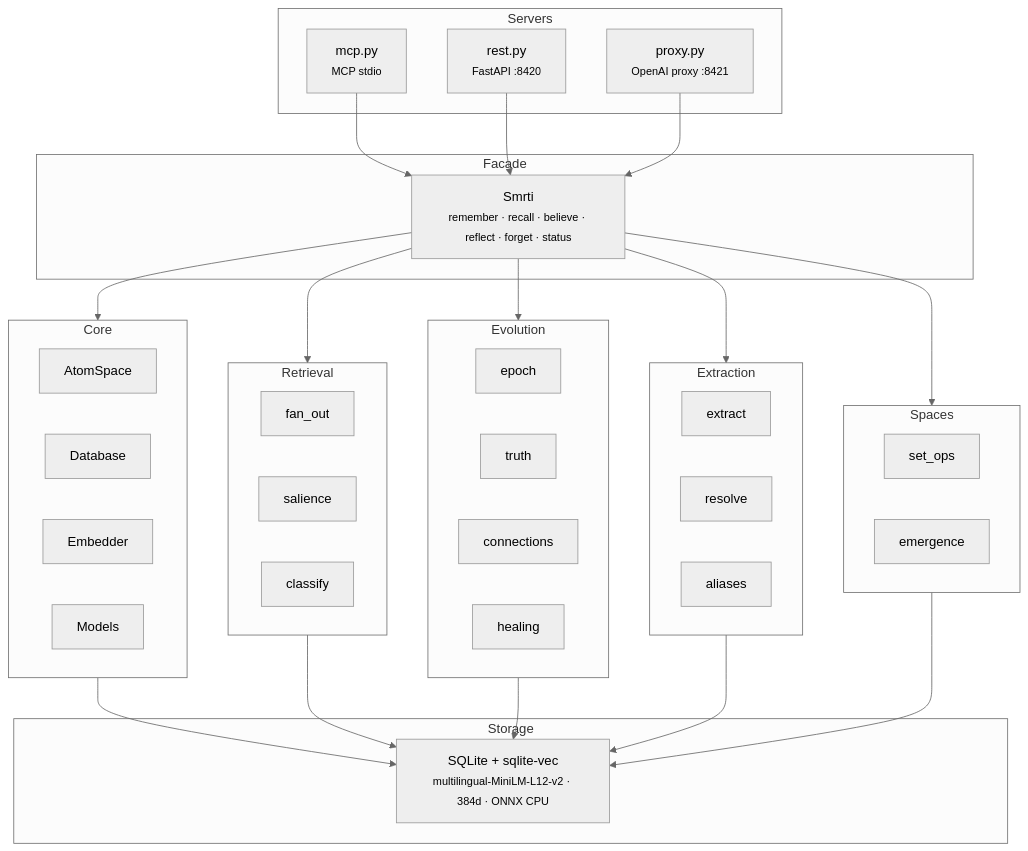
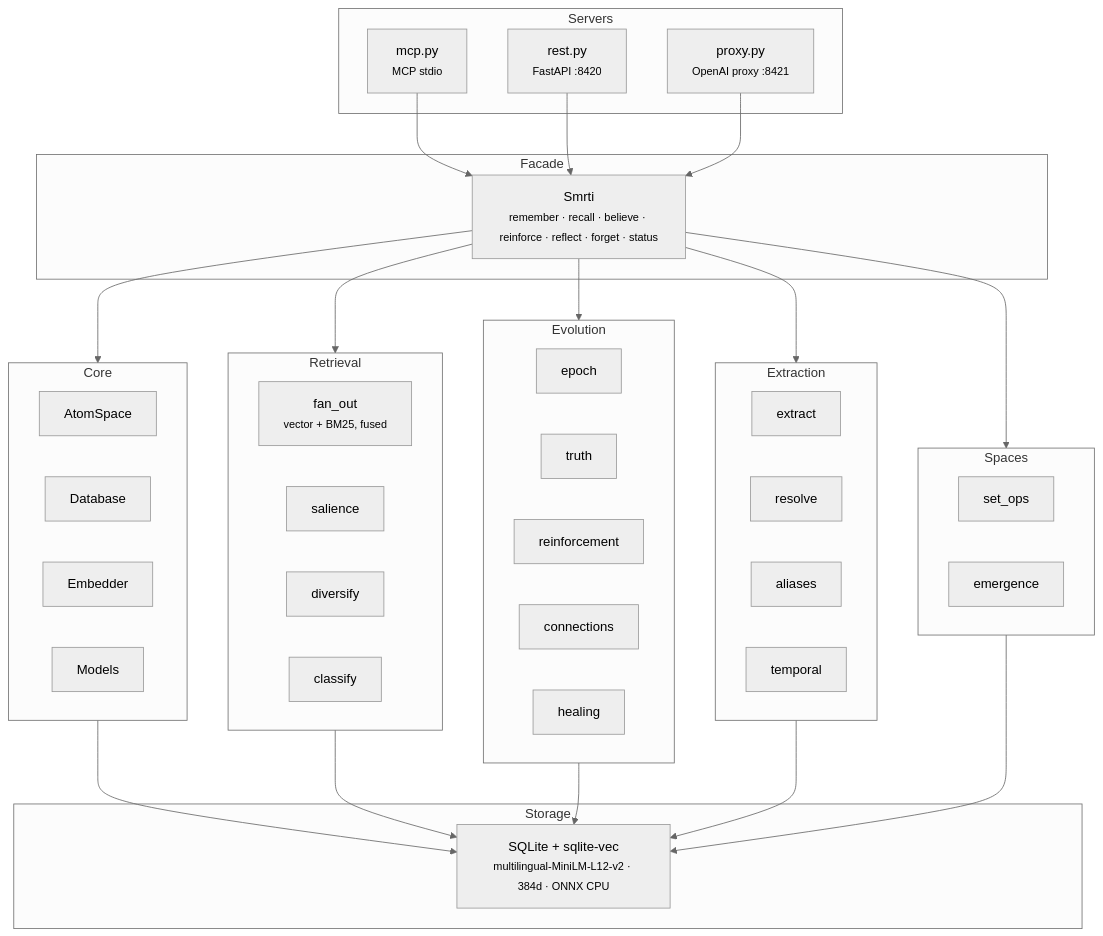
One commit to cyqlelabs/smrti changed the diagram in README.md. Above: the diagram before and after it, drawn with Mermaid (neutral theme). The commit also changed other lines of this file and 2 other files, not shown here.

Commit message:
docs: describe hybrid recall, deixis resolution, and reinforcement

````diff
--- a/README.md
+++ b/README.md
@@ -386,51 +394,54 @@
 ```mermaid
 graph TD
     subgraph Facade
-        S["Smrti<br/><small>remember · recall · believe · reflect · forget · status</small>"]
+        S["Smrti<br/><small>remember · recall · believe · reinforce · reflect · forget · status</small>"]
     end
 
     subgraph Servers
         MCP["mcp.py<br/><small>MCP stdio</small>"]
         REST["rest.py<br/><small>FastAPI :8420</small>"]
         PROXY["proxy.py<br/><small>OpenAI proxy :8421</small>"]
     end
 
     subgraph Core
         AS["AtomSpace"]
         DB["Database"]
         EMB["Embedder"]
         MOD["Models"]
     end
 
     subgraph Retrieval
-        FAN["fan_out"]
+        FAN["fan_out<br/><small>vector + BM25, fused</small>"]
         SAL["salience"]
+        DIV["diversify"]
         CLS["classify"]
     end
 
     subgraph Evolution
         EPO["epoch"]
         TRU["truth"]
+        REI["reinforcement"]
         CON["connections"]
         HEA["healing"]
     end
 
     subgraph Spaces
         SOP["set_ops"]
         EMG["emergence"]
     end
 
     subgraph Extraction
         EXT["extract"]
         RES["resolve"]
         ALI["aliases"]
+        TMP["temporal"]
     end
 
     subgraph Storage
         SQL["SQLite + sqlite-vec<br/><small>multilingual-MiniLM-L12-v2 · 384d · ONNX CPU</small>"]
     end
 
     MCP & REST & PROXY --> S
     S --> Core & Retrieval & Evolution & Extraction & Spaces
     Core & Retrieval & Evolution & Extraction & Spaces --> SQL
 ```
````
